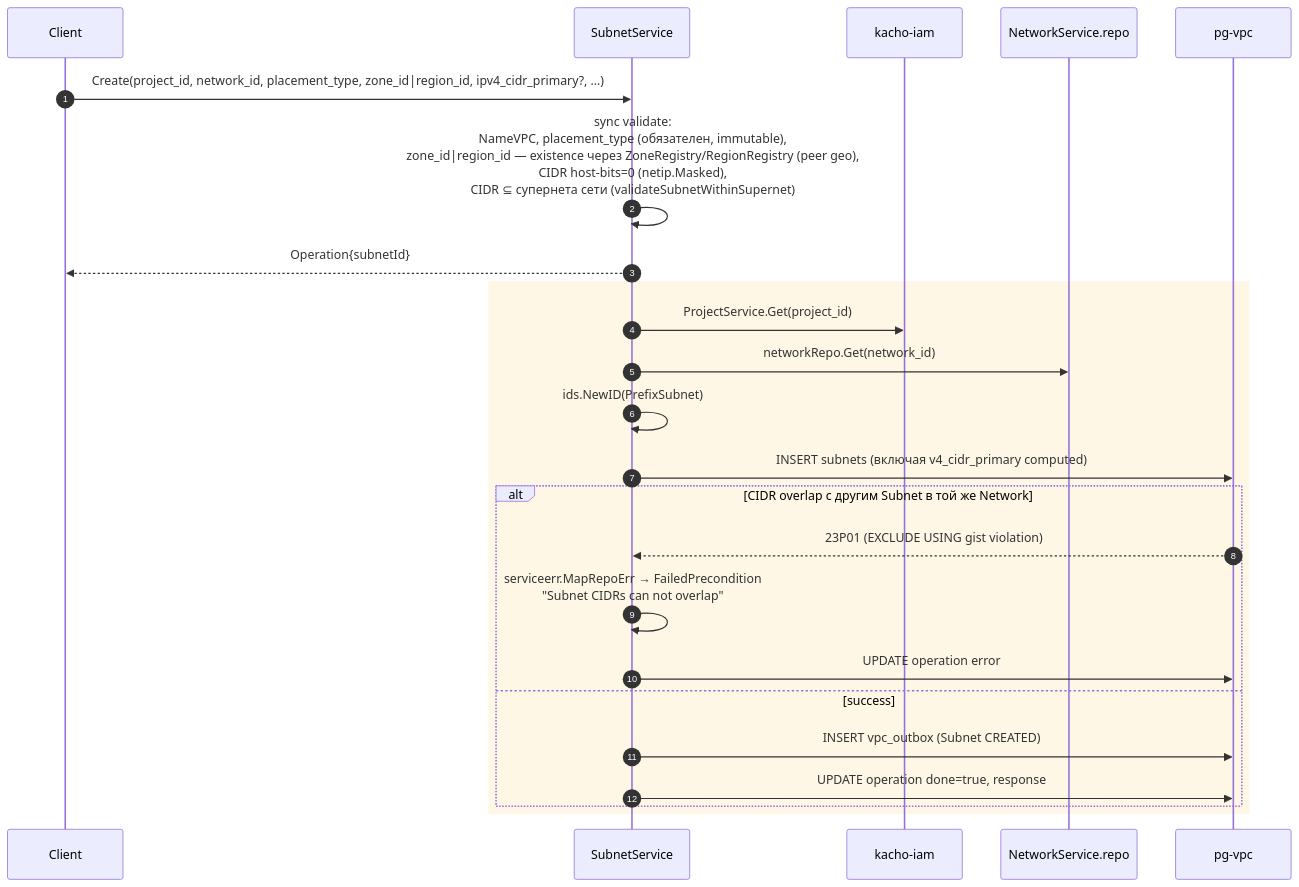
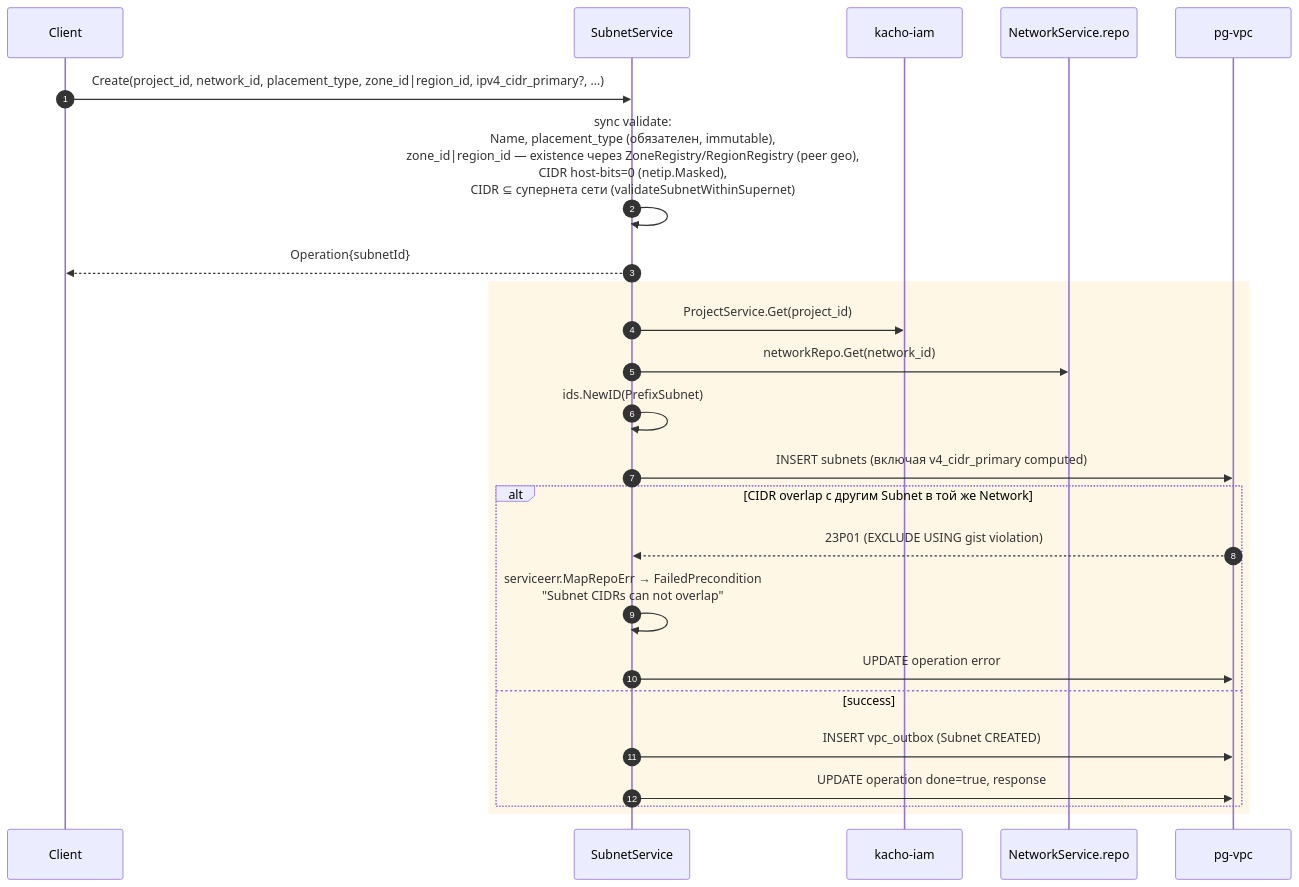
One commit to PRO-Robotech/kacho changed the second of 10 diagrams in services/vpc/docs/engineering/architecture/02-data-flows.md. Above: the diagram before and after it, drawn with Mermaid. The commit also changed other lines of this file and 5 other files, not shown here.

````diff
--- a/services/vpc/docs/engineering/architecture/02-data-flows.md
+++ b/services/vpc/docs/engineering/architecture/02-data-flows.md
@@ -71,30 +71,30 @@
 ```mermaid
 sequenceDiagram
   autonumber
   participant U as Client
   participant S as SubnetService
   participant RM as kacho-iam
   participant N as NetworkService.repo
   participant DB as pg-vpc
 
   U->>S: Create(project_id, network_id, placement_type, zone_id|region_id, ipv4_cidr_primary?, …)
-  S->>S: sync validate:<br/>  NameVPC, placement_type (обязателен, immutable),<br/>  zone_id|region_id — existence через ZoneRegistry/RegionRegistry (peer geo),<br/>  CIDR host-bits=0 (netip.Masked),<br/>  CIDR ⊆ супернета сети (validateSubnetWithinSupernet)
+  S->>S: sync validate:<br/>  Name, placement_type (обязателен, immutable),<br/>  zone_id|region_id — existence через ZoneRegistry/RegionRegistry (peer geo),<br/>  CIDR host-bits=0 (netip.Masked),<br/>  CIDR ⊆ супернета сети (validateSubnetWithinSupernet)
   S-->>U: Operation{subnetId}
 
   rect rgb(255,247,230)
   S->>RM: ProjectService.Get(project_id)
   S->>N: networkRepo.Get(network_id)
   S->>S: ids.NewID(PrefixSubnet)
 
   S->>DB: INSERT subnets (включая v4_cidr_primary computed)
 
   alt CIDR overlap с другим Subnet в той же Network
     DB-->>S: 23P01 (EXCLUDE USING gist violation)
     S->>S: serviceerr.MapRepoErr → FailedPrecondition<br/>"Subnet CIDRs can not overlap"
     S->>DB: UPDATE operation error
   else success
     S->>DB: INSERT vpc_outbox (Subnet CREATED)
     S->>DB: UPDATE operation done=true, response
   end
   end
 ```
````
